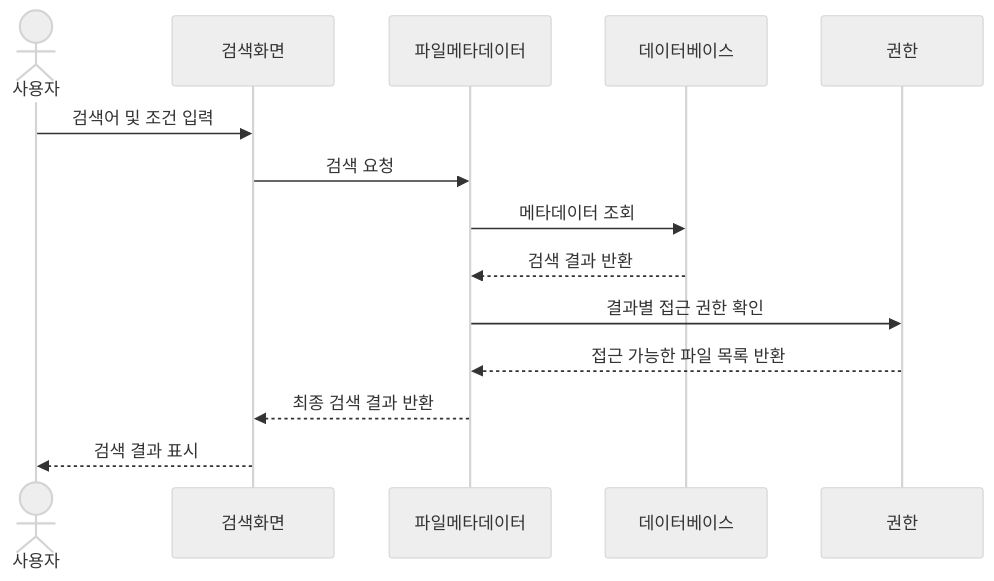
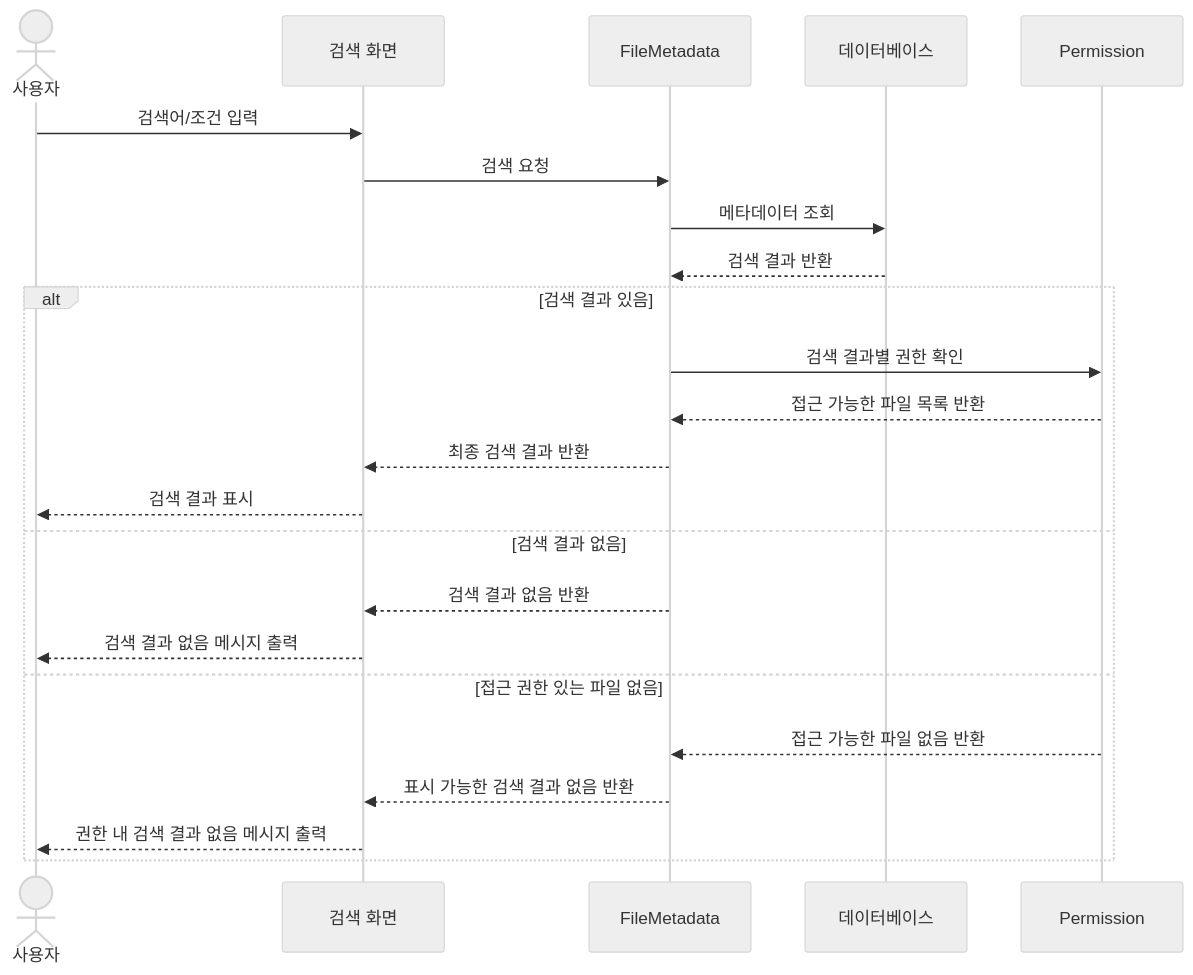
The tenth of 16 diagrams in doc/requirements_analysis.md (csharon0218/se), drawn with Mermaid (neutral theme) before and after one commit. The commit also changed other lines of this file and 7 other files, not shown here.

````diff
--- a/doc/requirements_analysis.md
+++ b/doc/requirements_analysis.md
@@ -1258,17 +1573,27 @@
 ```mermaid
 sequenceDiagram
     actor User as 사용자
-    participant UI as 검색화면
-    participant Meta as 파일메타데이터
+    participant UI as 검색 화면
+    participant Meta as FileMetadata
     participant DB as 데이터베이스
-    participant Perm as 권한
+    participant Permission as Permission
 
-    User->>UI: 검색어 및 조건 입력
+    User->>UI: 검색어/조건 입력
     UI->>Meta: 검색 요청
     Meta->>DB: 메타데이터 조회
     DB-->>Meta: 검색 결과 반환
-    Meta->>Perm: 결과별 접근 권한 확인
-    Perm-->>Meta: 접근 가능한 파일 목록 반환
-    Meta-->>UI: 최종 검색 결과 반환
-    UI-->>User: 검색 결과 표시
+
+    alt 검색 결과 있음
+        Meta->>Permission: 검색 결과별 권한 확인
+        Permission-->>Meta: 접근 가능한 파일 목록 반환
+        Meta-->>UI: 최종 검색 결과 반환
+        UI-->>User: 검색 결과 표시
+    else 검색 결과 없음
+        Meta-->>UI: 검색 결과 없음 반환
+        UI-->>User: 검색 결과 없음 메시지 출력
+    else 접근 권한 있는 파일 없음
+        Permission-->>Meta: 접근 가능한 파일 없음 반환
+        Meta-->>UI: 표시 가능한 검색 결과 없음 반환
+        UI-->>User: 권한 내 검색 결과 없음 메시지 출력
+    end
 ```
````
